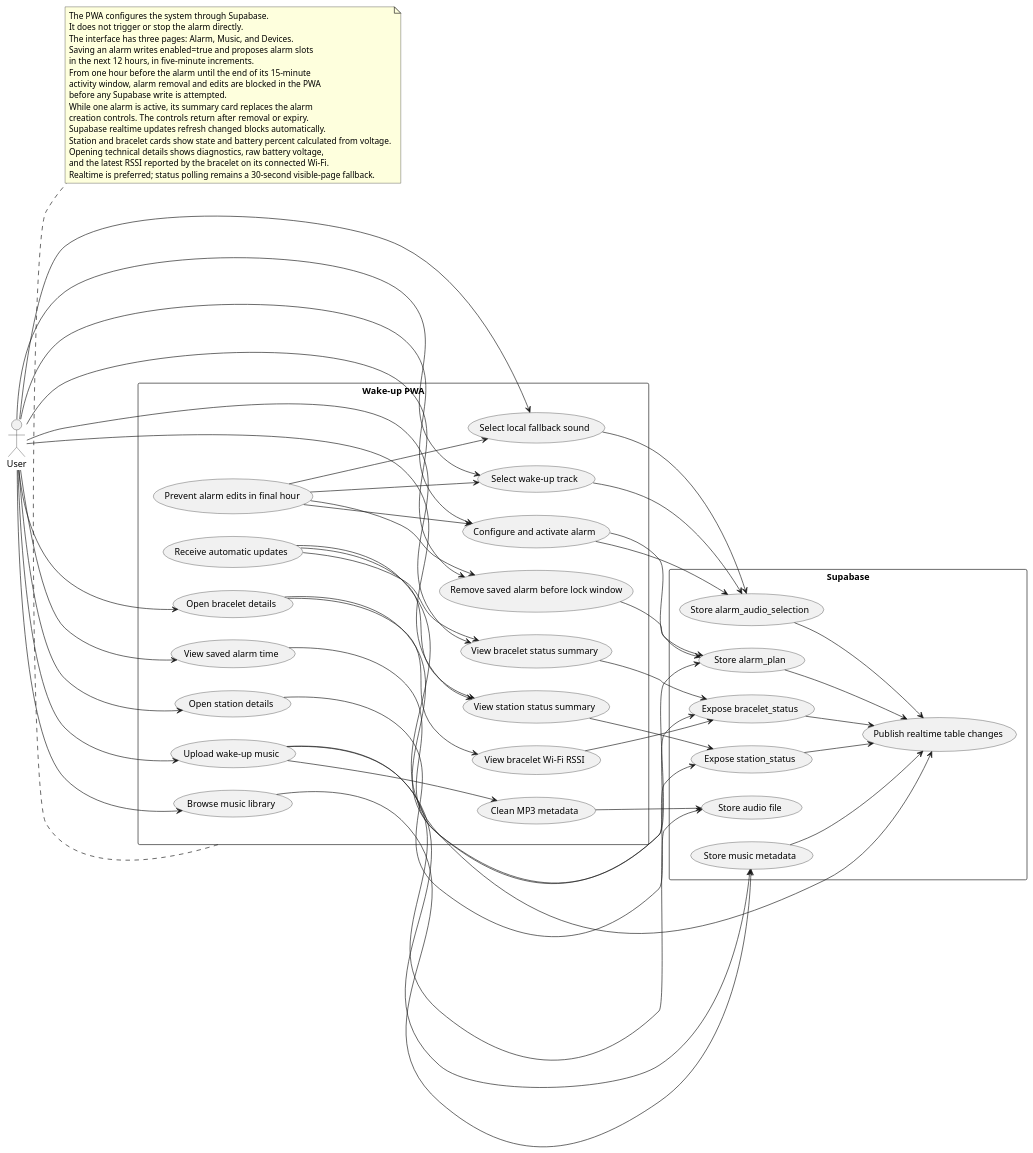
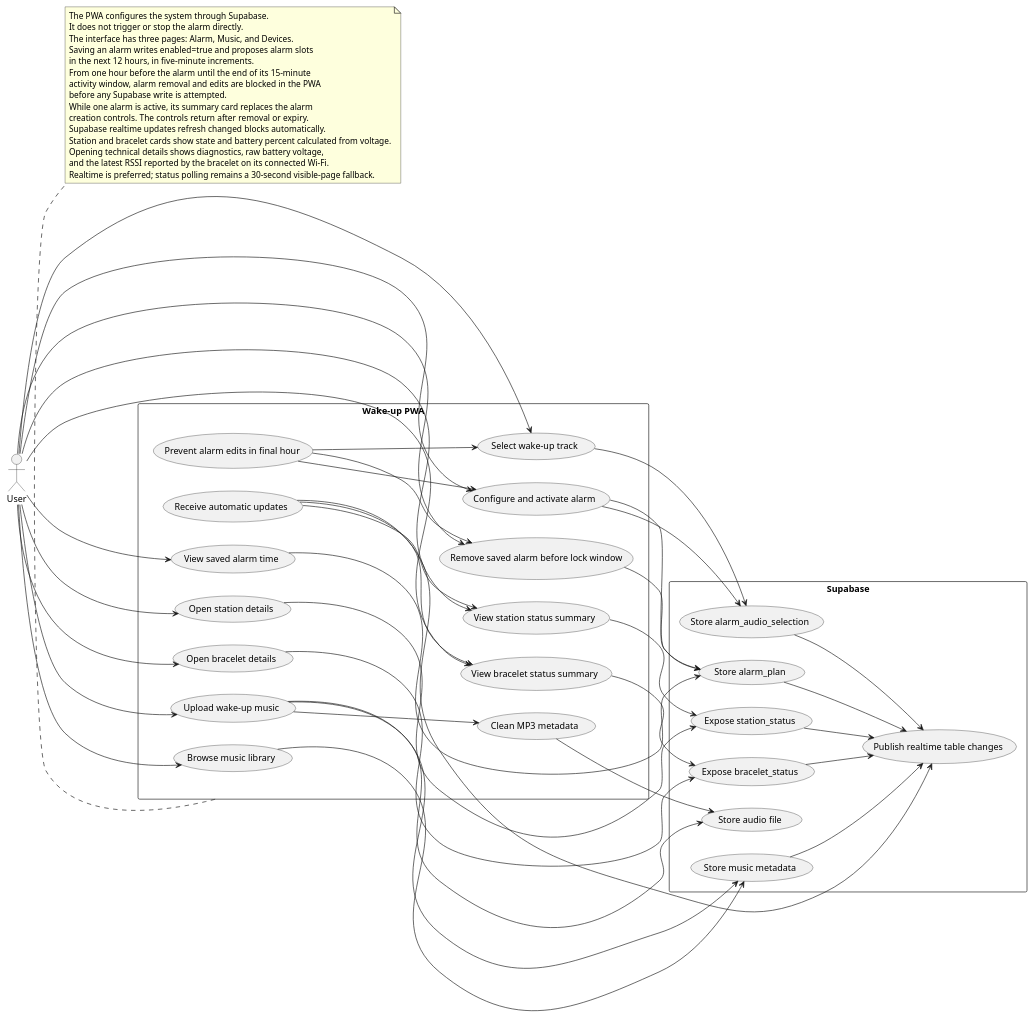
Before and after one commit to Jzn-wbr/Starter: the diagram in code/app mobile/UML/use_cases.puml, drawn with PlantUML. The commit also changed 16 other files, not shown here.

Commit message:
Migrate alarm system to ESP-NOW and refine wake flow

```diff
--- a/code/app mobile/UML/use_cases.puml
+++ b/code/app mobile/UML/use_cases.puml
@@ -1,96 +1,89 @@
 @startuml
 left to right direction
 skinparam packageStyle rectangle
 skinparam shadowing false
 
 actor "User" as User
 
 rectangle "Wake-up PWA" {
   usecase "Upload wake-up music" as UploadMusic
   usecase "Clean MP3 metadata" as CleanMp3Metadata
   usecase "Browse music library" as BrowseMusic
   usecase "Select wake-up track" as SelectTrack
-  usecase "Select local fallback sound" as SelectFallback
   usecase "Configure and activate alarm" as ConfigureAlarm
   usecase "View saved alarm time" as ViewSavedAlarm
   usecase "Remove saved alarm before lock window" as RemoveAlarm
   usecase "Prevent alarm edits in final hour" as LockAlarm
   usecase "View station status summary" as ViewStationStatus
   usecase "View bracelet status summary" as ViewBraceletStatus
   usecase "Open station details" as ViewStationDetails
   usecase "Open bracelet details" as ViewBraceletDetails
-  usecase "View bracelet Wi-Fi RSSI" as ViewBraceletRssi
   usecase "Receive automatic updates" as ReceiveUpdates
 }
 
 rectangle "Supabase" {
   usecase "Store audio file" as StoreAudio
   usecase "Store music metadata" as StoreMusicMetadata
   usecase "Store alarm_plan" as StoreAlarmPlan
   usecase "Store alarm_audio_selection" as StoreAlarmAudio
   usecase "Expose station_status" as ExposeStationStatus
   usecase "Expose bracelet_status" as ExposeBraceletStatus
   usecase "Publish realtime table changes" as PublishRealtime
 }
 
 User --> UploadMusic
 User --> BrowseMusic
 User --> SelectTrack
-User --> SelectFallback
 User --> ConfigureAlarm
 User --> ViewSavedAlarm
 User --> RemoveAlarm
 LockAlarm --> ConfigureAlarm
 LockAlarm --> SelectTrack
-LockAlarm --> SelectFallback
 LockAlarm --> RemoveAlarm
 User --> ViewStationStatus
 User --> ViewBraceletStatus
 User --> ViewStationDetails
 User --> ViewBraceletDetails
-ViewBraceletDetails --> ViewBraceletRssi
 ReceiveUpdates --> ViewStationStatus
 ReceiveUpdates --> ViewBraceletStatus
 
 UploadMusic --> StoreAudio
 UploadMusic --> StoreMusicMetadata
 UploadMusic --> CleanMp3Metadata
 CleanMp3Metadata --> StoreAudio
 BrowseMusic --> StoreMusicMetadata
 SelectTrack --> StoreAlarmAudio
-SelectFallback --> StoreAlarmAudio
 ConfigureAlarm --> StoreAlarmPlan
 ConfigureAlarm --> StoreAlarmAudio
 ViewSavedAlarm --> StoreAlarmPlan
 RemoveAlarm --> StoreAlarmPlan
 ViewStationStatus --> ExposeStationStatus
 ViewBraceletStatus --> ExposeBraceletStatus
 ViewStationDetails --> ExposeStationStatus
 ViewBraceletDetails --> ExposeBraceletStatus
-ViewBraceletRssi --> ExposeBraceletStatus
 ExposeStationStatus --> PublishRealtime
 ExposeBraceletStatus --> PublishRealtime
 StoreAlarmPlan --> PublishRealtime
 StoreAlarmAudio --> PublishRealtime
 StoreMusicMetadata --> PublishRealtime
 ReceiveUpdates --> PublishRealtime
 
 note bottom of "Wake-up PWA"
   The PWA configures the system through Supabase.
   It does not trigger or stop the alarm directly.
   The interface has three pages: Alarm, Music, and Devices.
   Saving an alarm writes enabled=true and proposes alarm slots
   in the next 12 hours, in five-minute increments.
   From one hour before the alarm until the end of its 15-minute
   activity window, alarm removal and edits are blocked in the PWA
   before any Supabase write is attempted.
   While one alarm is active, its summary card replaces the alarm
   creation controls. The controls return after removal or expiry.
   Supabase realtime updates refresh changed blocks automatically.
   Station and bracelet cards show state and battery percent calculated from voltage.
   Opening technical details shows diagnostics, raw battery voltage,
   and the latest RSSI reported by the bracelet on its connected Wi-Fi.
   Realtime is preferred; status polling remains a 30-second visible-page fallback.
 end note
 
 @enduml
```
